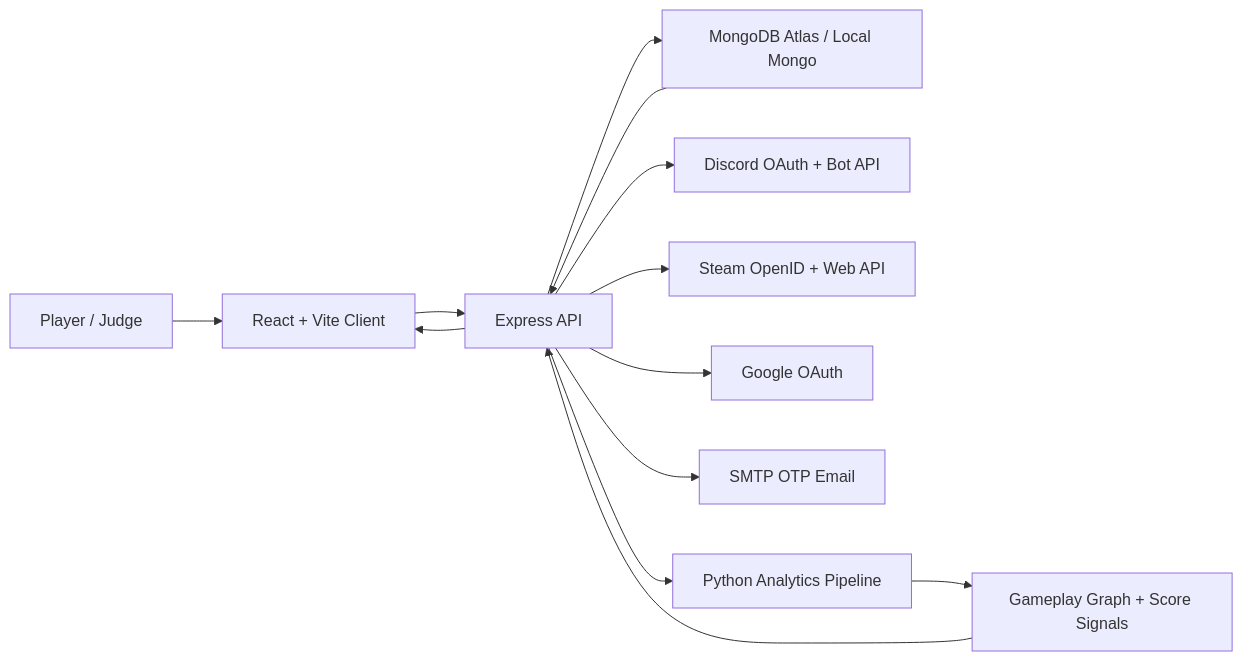
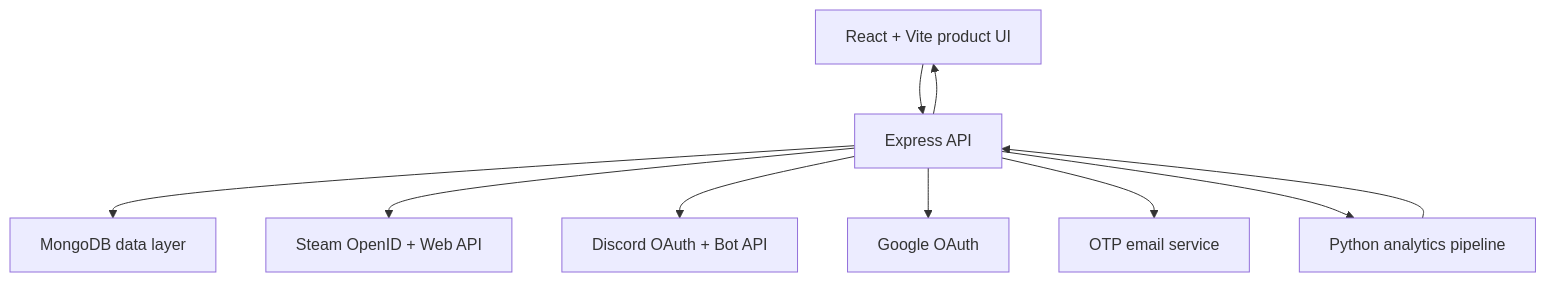
One commit to Abhi190702/ClutchQ changed the second of 2 diagrams in README.md. Above: the diagram before and after it, drawn with Mermaid. The commit also changed other lines of this file and 11 other files, not shown here.

````diff
--- a/README.md
+++ b/README.md
@@ -111,15 +82,21 @@
 ```mermaid
-flowchart LR
-  User["Player / Judge"] --> Client["React + Vite Client"]
-  Client --> API["Express API"]
-  API --> Mongo["MongoDB Atlas / Local Mongo"]
-  API --> Discord["Discord OAuth + Bot API"]
-  API --> Steam["Steam OpenID + Web API"]
-  API --> Google["Google OAuth"]
-  API --> Mail["SMTP OTP Email"]
-  API --> Python["Python Analytics Pipeline"]
-  Python --> Graphs["Gameplay Graph + Score Signals"]
-  Graphs --> API
-  Mongo --> API
+flowchart TB
+  Client["React + Vite product UI"]
+  API["Express API"]
+  DB["MongoDB data layer"]
+  Steam["Steam OpenID + Web API"]
+  Discord["Discord OAuth + Bot API"]
+  OAuth["Google OAuth"]
+  Mail["OTP email service"]
+  Python["Python analytics pipeline"]
+
+  Client --> API
+  API --> DB
+  API --> Steam
+  API --> Discord
+  API --> OAuth
+  API --> Mail
+  API --> Python
+  Python --> API
   API --> Client
 ```
````
